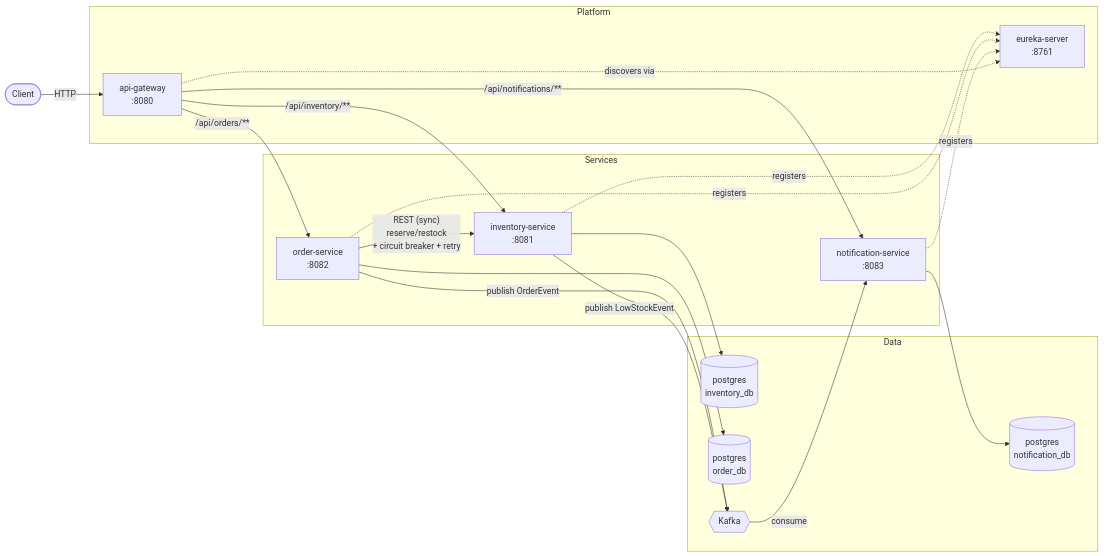
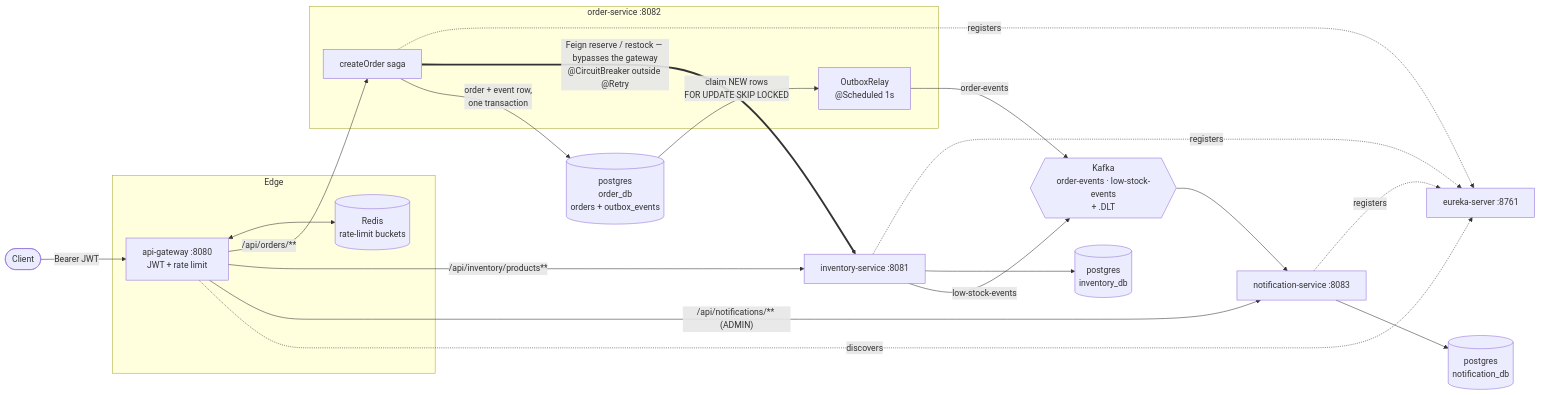
One commit to Jyoti-Yadav26/IMS-V2 changed the diagram in README.md. Above: the diagram before and after it, drawn with Mermaid. The commit also changed other lines of this file, not shown here.

````diff
--- a/README.md
+++ b/README.md
@@ -32,42 +17,45 @@
 ```mermaid
 flowchart LR
     Client([Client])
- 
-    subgraph Platform
-        GW[api-gateway<br/>:8080]
-        EU[eureka-server<br/>:8761]
+
+    subgraph Edge
+        GW["api-gateway :8080<br/>JWT + rate limit"]
+        RD[("Redis<br/>rate-limit buckets")]
     end
- 
-    subgraph Services
-        INV[inventory-service<br/>:8081]
-        ORD[order-service<br/>:8082]
-        NOT[notification-service<br/>:8083]
+
+    EU["eureka-server :8761"]
+
+    subgraph ORDSVC["order-service :8082"]
+        SAGA["createOrder saga"]
+        RELAY["OutboxRelay<br/>@Scheduled 1s"]
     end
- 
-    subgraph Data
-        PGI[(postgres<br/>inventory_db)]
-        PGO[(postgres<br/>order_db)]
-        PGN[(postgres<br/>notification_db)]
-        KAFKA{{Kafka}}
-    end
- 
-    Client -->|HTTP| GW
-    GW -->|/api/inventory/**| INV
-    GW -->|/api/orders/**| ORD
-    GW -->|/api/notifications/**| NOT
- 
+
+    INV["inventory-service :8081"]
+    NOT["notification-service :8083"]
+
+    PGO[("postgres<br/>order_db<br/>orders + outbox_events")]
+    PGI[("postgres<br/>inventory_db")]
+    PGN[("postgres<br/>notification_db")]
+    KAFKA{{"Kafka<br/>order-events · low-stock-events<br/>+ .DLT"}}
+
+    Client -->|"Bearer JWT"| GW
+    GW <--> RD
+    GW -->|"/api/orders/**"| SAGA
+    GW -->|"/api/inventory/products**"| INV
+    GW -->|"/api/notifications/** (ADMIN)"| NOT
+
+    GW -. discovers .-> EU
+    SAGA -. registers .-> EU
     INV -. registers .-> EU
-    ORD -. registers .-> EU
     NOT -. registers .-> EU
-    GW -. discovers via .-> EU
- 
-    ORD -->|"REST (sync)<br/>reserve/restock<br/>+ circuit breaker + retry"| INV
- 
+
+    SAGA ==>|"Feign reserve / restock — bypasses the gateway<br/>@CircuitBreaker outside @Retry"| INV
+
+    SAGA -->|"order + event row,<br/>one transaction"| PGO
+    PGO -->|"claim NEW rows<br/>FOR UPDATE SKIP LOCKED"| RELAY
+    RELAY -->|"order-events"| KAFKA
     INV --> PGI
-    ORD --> PGO
+    INV -->|"low-stock-events"| KAFKA
+    KAFKA --> NOT
     NOT --> PGN
- 
-    ORD -->|publish OrderEvent| KAFKA
-    INV -->|publish LowStockEvent| KAFKA
-    KAFKA -->|consume| NOT
 ```
````
